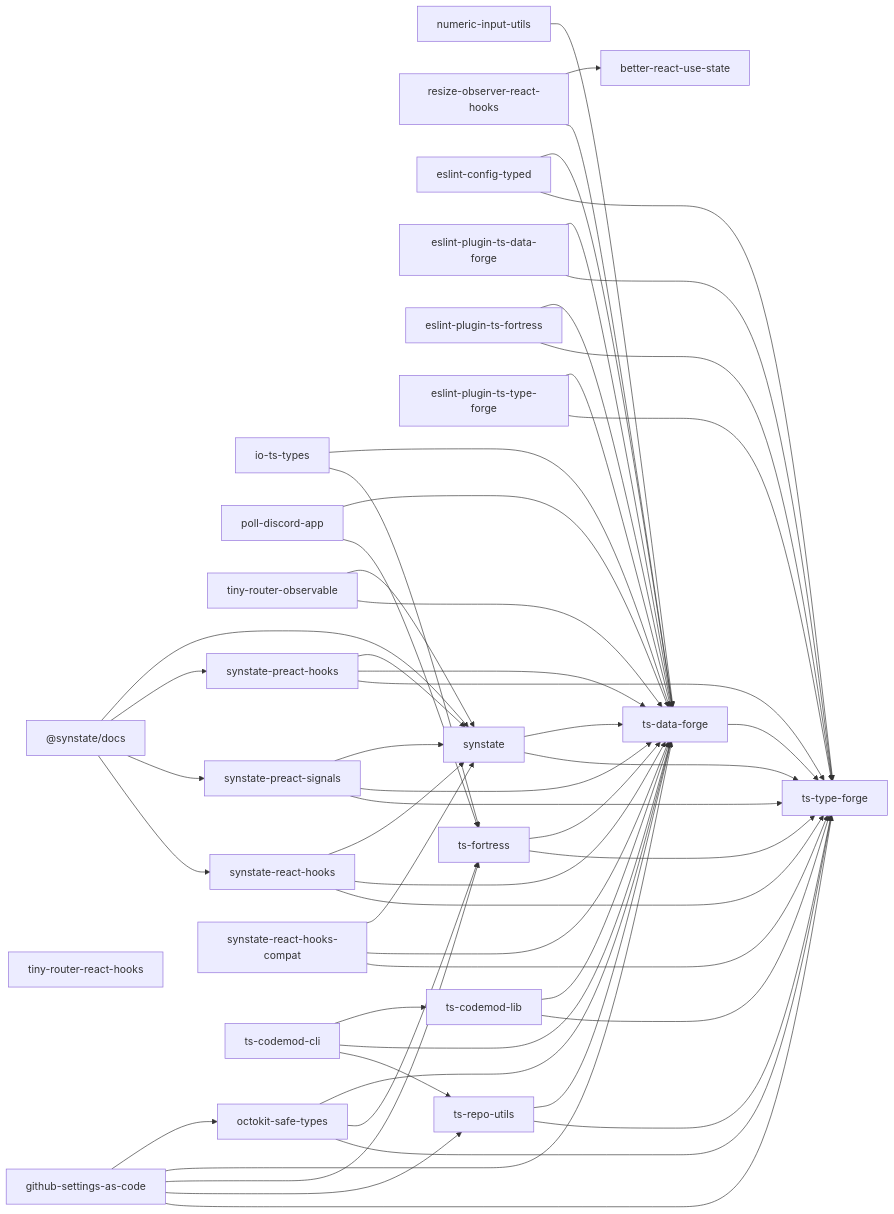
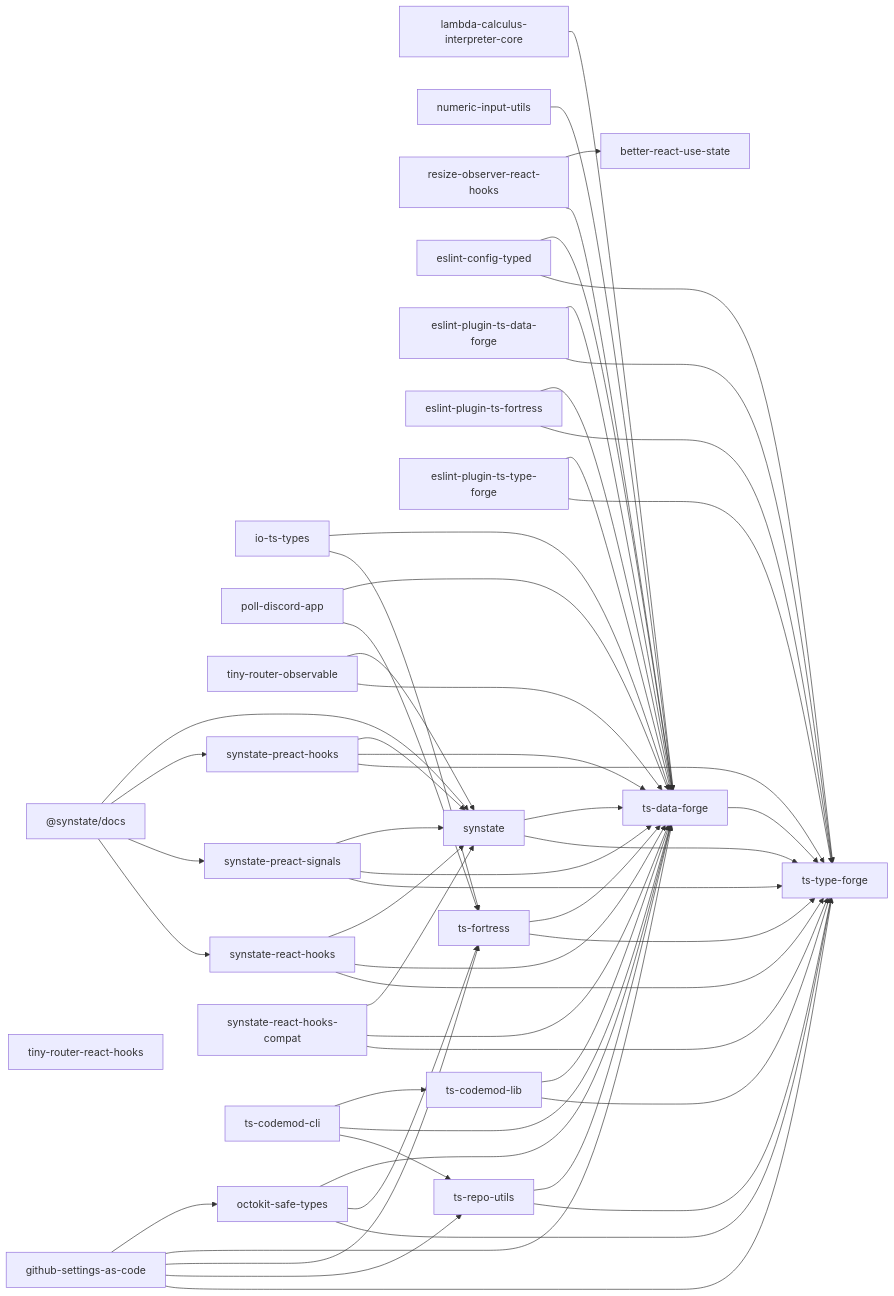
One commit to noshiro-pf/mono changed the diagram in docs/package-dependencies.md. Above: the diagram before and after it, drawn with Mermaid. The commit also changed other lines of this file and 54 other files, not shown here.

First line of the commit message:
feat: restore lambda-calculus-interpreter-core from experimental/ (#1621)

````diff
--- a/docs/package-dependencies.md
+++ b/docs/package-dependencies.md
@@ -13,6 +13,7 @@
 ```mermaid
 graph LR
   io_ts_types["io-ts-types"]
+  lambda_calculus_interpreter_core["lambda-calculus-interpreter-core"]
   numeric_input_utils["numeric-input-utils"]
   poll_discord_app["poll-discord-app"]
   resize_observer_react_hooks["resize-observer-react-hooks"]
@@ -39,6 +40,7 @@
   ts_type_forge["ts-type-forge"]
   io_ts_types --> ts_data_forge
   io_ts_types --> ts_fortress
+  lambda_calculus_interpreter_core --> ts_data_forge
   numeric_input_utils --> ts_data_forge
   poll_discord_app --> ts_data_forge
   poll_discord_app --> ts_fortress
````
